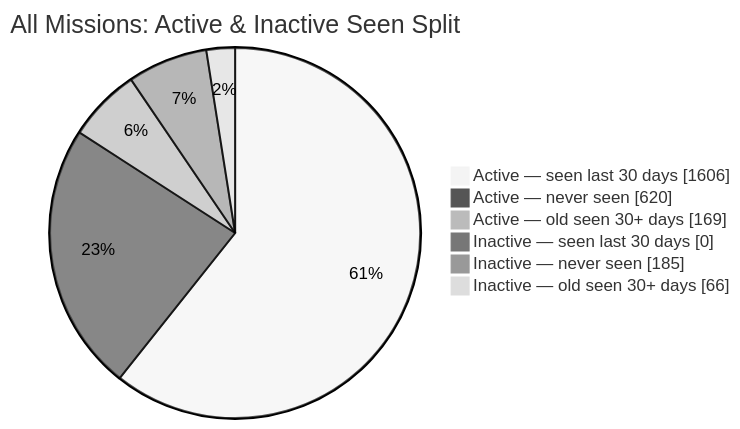
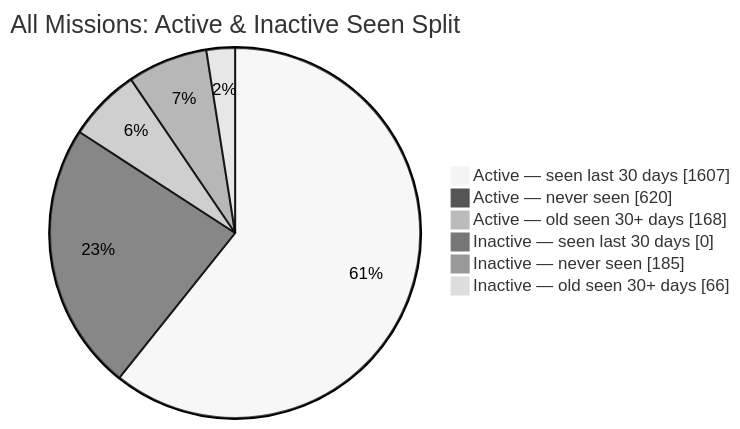
One commit to MeldkamerspelGameTeam/active-missions changed the second of 2 diagrams in README.md. Above: the diagram before and after it, drawn with Mermaid (neutral theme). The commit also changed other lines of this file and 2 other files, not shown here.

````diff
--- a/README.md
+++ b/README.md
@@ -44,10 +44,10 @@
 ```mermaid
 pie showData
     title All Missions: Active & Inactive Seen Split
-    "Active — seen last 30 days" : 1606
+    "Active — seen last 30 days" : 1607
     "Active — never seen" : 620
-    "Active — old seen 30+ days" : 169
+    "Active — old seen 30+ days" : 168
     "Inactive — seen last 30 days" : 0
     "Inactive — never seen" : 185
     "Inactive — old seen 30+ days" : 66
 ```
````
